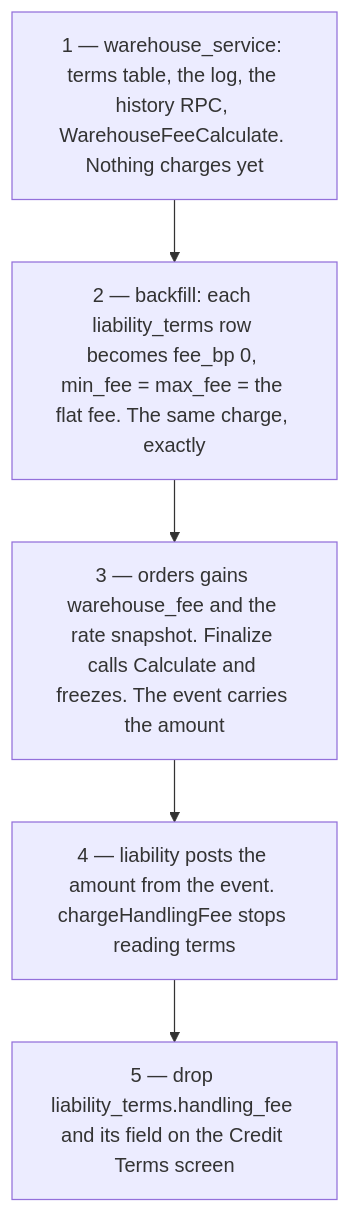
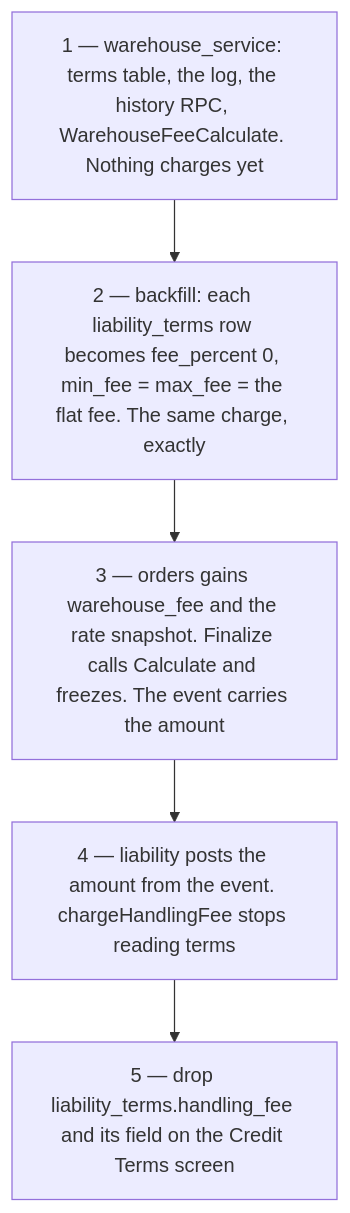
The third of 6 diagrams in docs/business/teams/warehouse/context_clarify.md (pdcgo/warehouse_revamp), drawn with Mermaid before and after one commit. The commit also changed other lines of this file and 6 other files, not shown here.

````diff
--- a/docs/business/teams/warehouse/context_clarify.md
+++ b/docs/business/teams/warehouse/context_clarify.md
@@ -198,9 +200,9 @@
 ```mermaid
 flowchart TD
   S1["1 — warehouse_service: terms table, the log, the history RPC, WarehouseFeeCalculate. Nothing charges yet"]
-  S2["2 — backfill: each liability_terms row becomes fee_bp 0, min_fee = max_fee = the flat fee. The same charge, exactly"]
+  S2["2 — backfill: each liability_terms row becomes fee_percent 0, min_fee = max_fee = the flat fee. The same charge, exactly"]
   S3["3 — orders gains warehouse_fee and the rate snapshot. Finalize calls Calculate and freezes. The event carries the amount"]
   S4["4 — liability posts the amount from the event. chargeHandlingFee stops reading terms"]
   S5["5 — drop liability_terms.handling_fee and its field on the Credit Terms screen"]
   S1 --> S2 --> S3 --> S4 --> S5
 ```
````
